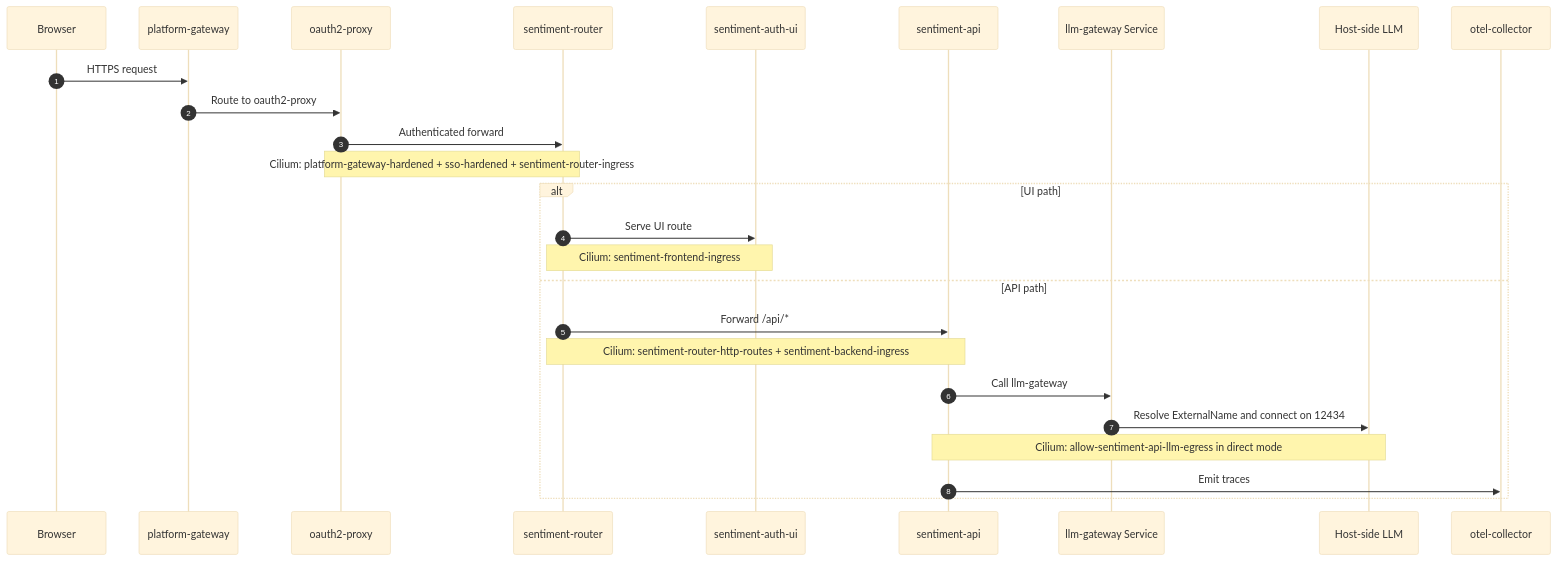
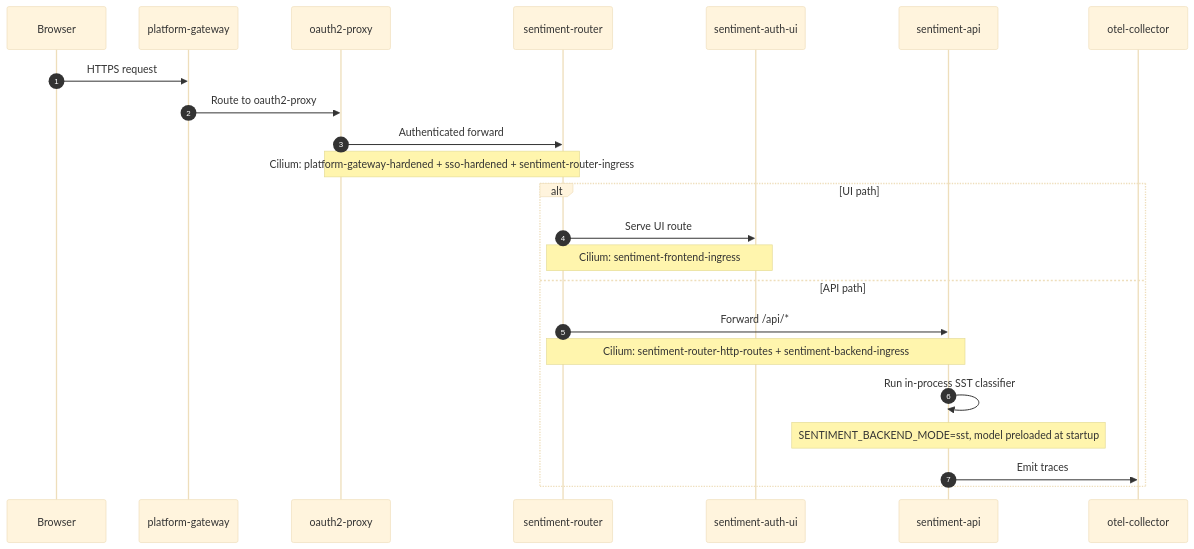
The diagram in terraform/kubernetes/docs/diagrams/apps-c4/13-journey-sentiment-request.mmd (nickromney/platform), drawn with Mermaid before and after one commit. The commit also changed 176 other files, not shown here.

First line of the commit message:
Document sentiment architecture flow updates (#9)

```diff
--- a/terraform/kubernetes/docs/diagrams/apps-c4/13-journey-sentiment-request.mmd
+++ b/terraform/kubernetes/docs/diagrams/apps-c4/13-journey-sentiment-request.mmd
@@ -1,29 +1,26 @@
 %%{init: {"theme": "base", "themeVariables": {"background": "#ffffff"}}}%%
 sequenceDiagram
     autonumber
     participant Browser as Browser
     participant Gateway as platform-gateway
     participant OAuth as oauth2-proxy
     participant Router as sentiment-router
     participant UI as sentiment-auth-ui
     participant API as sentiment-api
-    participant GatewaySvc as llm-gateway Service
-    participant HostLLM as Host-side LLM
     participant OTel as otel-collector
 
     Browser->>Gateway: HTTPS request
     Gateway->>OAuth: Route to oauth2-proxy
     OAuth->>Router: Authenticated forward
     Note over OAuth,Router: Cilium: platform-gateway-hardened + sso-hardened + sentiment-router-ingress
 
     alt UI path
         Router->>UI: Serve UI route
         Note over Router,UI: Cilium: sentiment-frontend-ingress
     else API path
         Router->>API: Forward /api/*
         Note over Router,API: Cilium: sentiment-router-http-routes + sentiment-backend-ingress
-        API->>GatewaySvc: Call llm-gateway
-        GatewaySvc->>HostLLM: Resolve ExternalName and connect on 12434
-        Note over API,HostLLM: Cilium: allow-sentiment-api-llm-egress in direct mode
+        API->>API: Run in-process SST classifier
+        Note over API: SENTIMENT_BACKEND_MODE=sst, model preloaded at startup
         API->>OTel: Emit traces
     end
```
